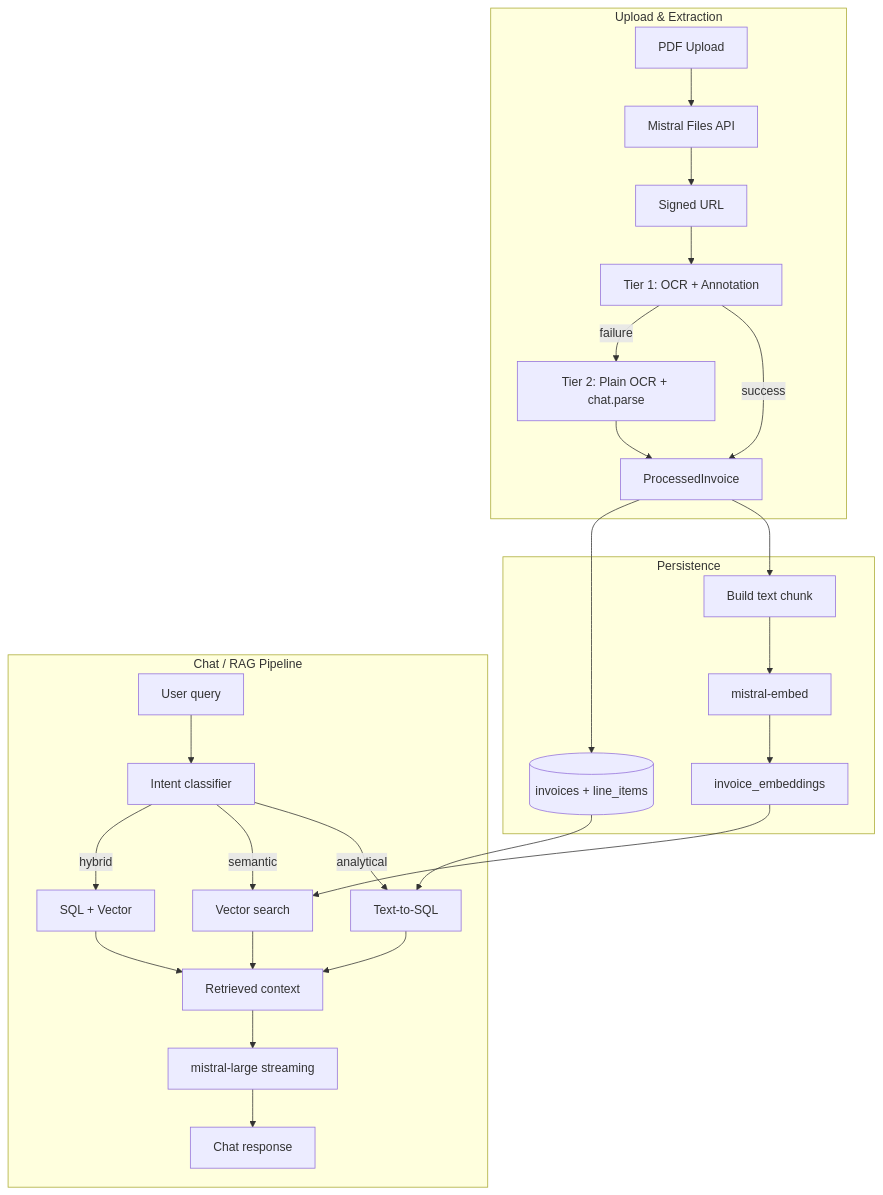
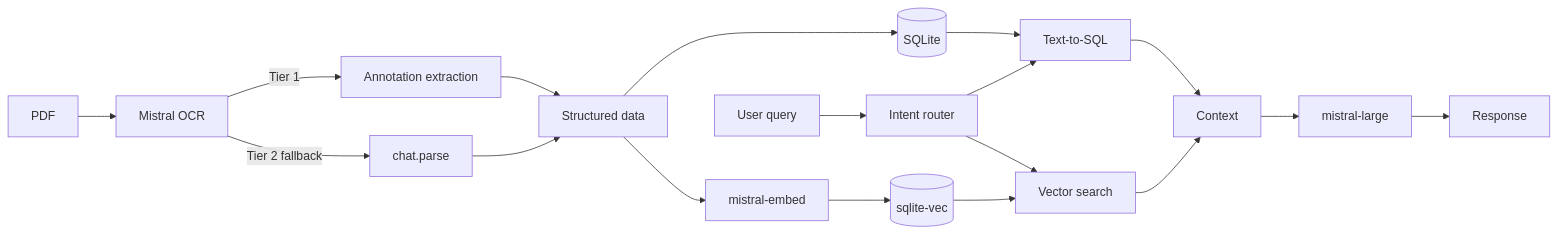
One commit to alexandreblivet/ocr_invoice_pipeline_mistral changed the diagram in README.md. Above: the diagram before and after it, drawn with Mermaid. The commit also changed other lines of this file, not shown here.

Commit message:
vibestral polish ✨ simpler mermaid graph, remove stale retry mention

````diff
--- a/README.md
+++ b/README.md
@@ -137,33 +137,17 @@
 ```mermaid
-flowchart TB
-    subgraph Upload["Upload & Extraction"]
-        PDF[PDF Upload] --> FileAPI[Mistral Files API]
-        FileAPI --> SignedURL[Signed URL]
-        SignedURL --> T1[Tier 1: OCR + Annotation]
-        T1 -->|success| PI[ProcessedInvoice]
-        T1 -->|failure| T2[Tier 2: Plain OCR + chat.parse]
-        T2 --> PI
-    end
+flowchart LR
+    PDF[PDF] --> OCR[Mistral OCR]
+    OCR -->|Tier 1| Annotation[Annotation extraction]
+    OCR -->|Tier 2 fallback| Chat[chat.parse]
+    Annotation --> Data[Structured data]
+    Chat --> Data
+    Data --> DB[(SQLite)]
+    Data --> Embed[mistral-embed] --> Vec[(sqlite-vec)]
 
-    subgraph Persist["Persistence"]
-        PI --> Chunk[Build text chunk]
-        Chunk --> Embed[mistral-embed]
-        Embed --> Vec[invoice_embeddings]
-        PI --> SQL[(invoices + line_items)]
-    end
-
-    subgraph RAG["Chat / RAG Pipeline"]
-        Query[User query] --> Classify[Intent classifier]
-        Classify -->|analytical| TTS[Text-to-SQL]
-        Classify -->|semantic| VS[Vector search]
-        Classify -->|hybrid| Both[SQL + Vector]
-        TTS --> Context[Retrieved context]
-        VS --> Context
-        Both --> Context
-        Context --> Gen[mistral-large streaming]
-        Gen --> Response[Chat response]
-    end
-
-    SQL --> TTS
-    Vec --> VS
+    Query[User query] --> Classify[Intent router]
+    Classify --> SQL[Text-to-SQL] --> Context
+    Classify --> Search[Vector search] --> Context
+    DB --> SQL
+    Vec --> Search
+    Context --> LLM[mistral-large] --> Response
 ```
````
